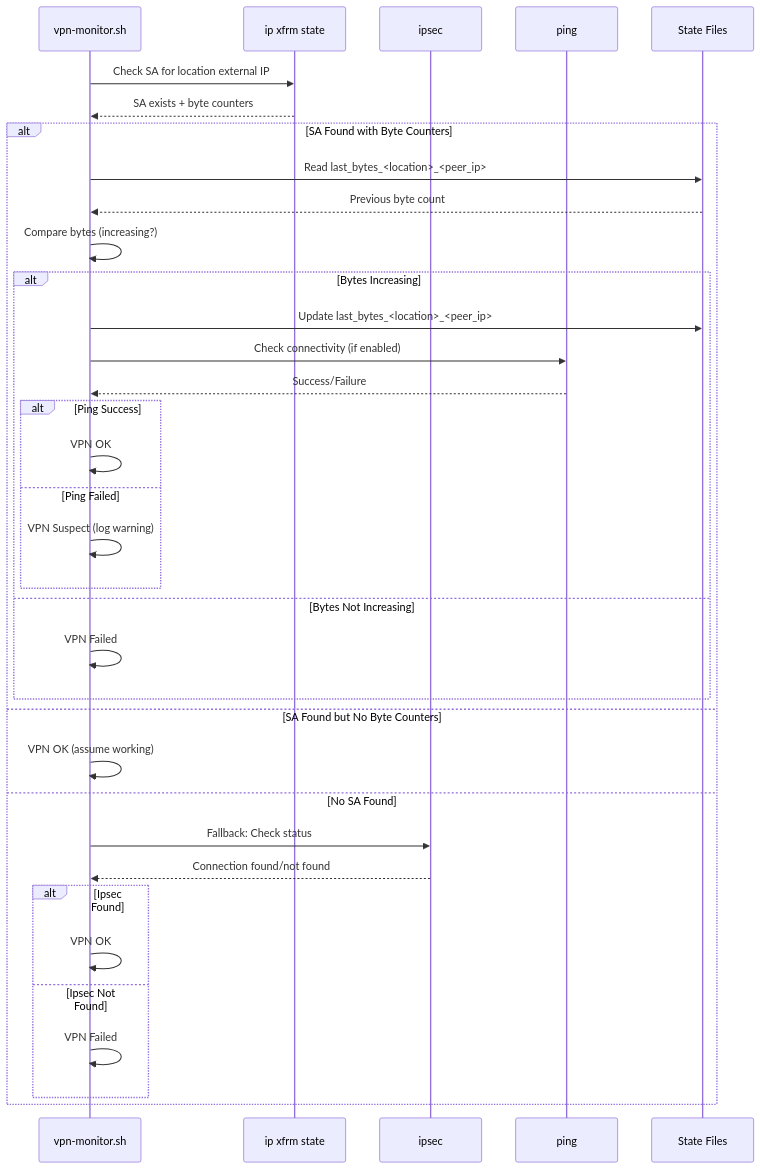
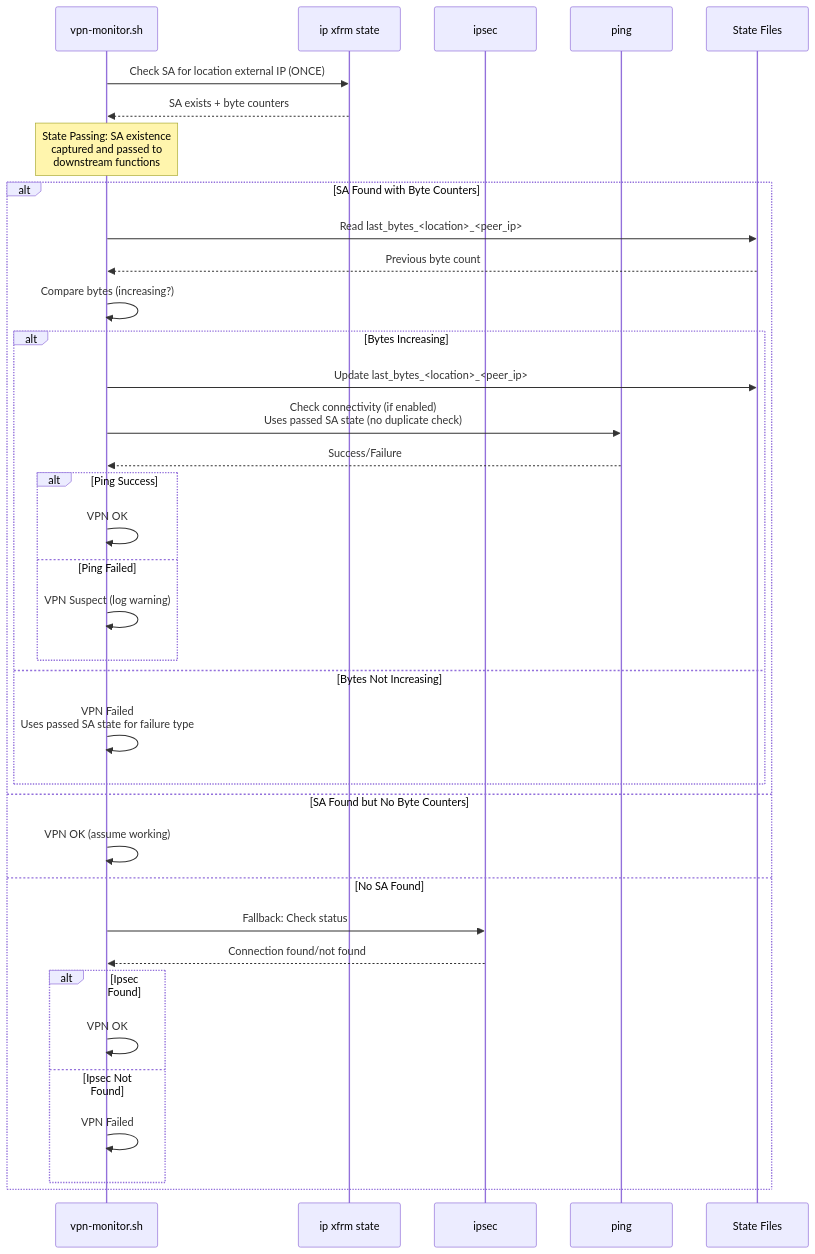
Before and after one commit to Eccentric-Quality-Solutions/udm-vpn-monitor: the third of 6 diagrams in docs/ARCHITECTURE.md, drawn with Mermaid. The commit also changed other lines of this file and 7 other files, not shown here.

````diff
--- a/docs/ARCHITECTURE.md
+++ b/docs/ARCHITECTURE.md
@@ -259,40 +259,41 @@
 ```mermaid
 sequenceDiagram
     participant Script as vpn-monitor.sh
     participant Xfrm as ip xfrm state
     participant Ipsec as ipsec
     participant Ping as ping
     participant State as State Files
 
-    Script->>Xfrm: Check SA for location external IP
+    Script->>Xfrm: Check SA for location external IP (ONCE)
     Xfrm-->>Script: SA exists + byte counters
+    Note over Script: State Passing: SA existence<br/>captured and passed to<br/>downstream functions
 
     alt SA Found with Byte Counters
         Script->>State: Read last_bytes_<location>_<peer_ip>
         State-->>Script: Previous byte count
         Script->>Script: Compare bytes (increasing?)
 
         alt Bytes Increasing
             Script->>State: Update last_bytes_<location>_<peer_ip>
-            Script->>Ping: Check connectivity (if enabled)
+            Script->>Ping: Check connectivity (if enabled)<br/>Uses passed SA state (no duplicate check)
             Ping-->>Script: Success/Failure
             alt Ping Success
                 Script->>Script: VPN OK
             else Ping Failed
                 Script->>Script: VPN Suspect (log warning)
             end
         else Bytes Not Increasing
-            Script->>Script: VPN Failed
+            Script->>Script: VPN Failed<br/>Uses passed SA state for failure type
         end
     else SA Found but No Byte Counters
         Script->>Script: VPN OK (assume working)
     else No SA Found
         Script->>Ipsec: Fallback: Check status
         Ipsec-->>Script: Connection found/not found
         alt Ipsec Found
             Script->>Script: VPN OK
         else Ipsec Not Found
             Script->>Script: VPN Failed
         end
     end
 ```
````
